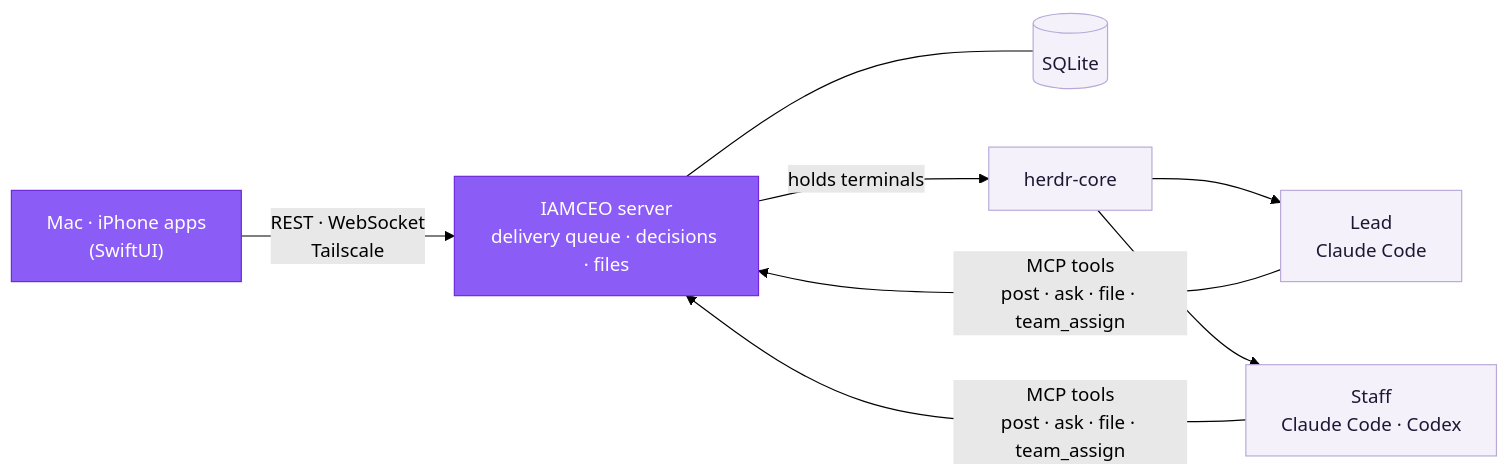
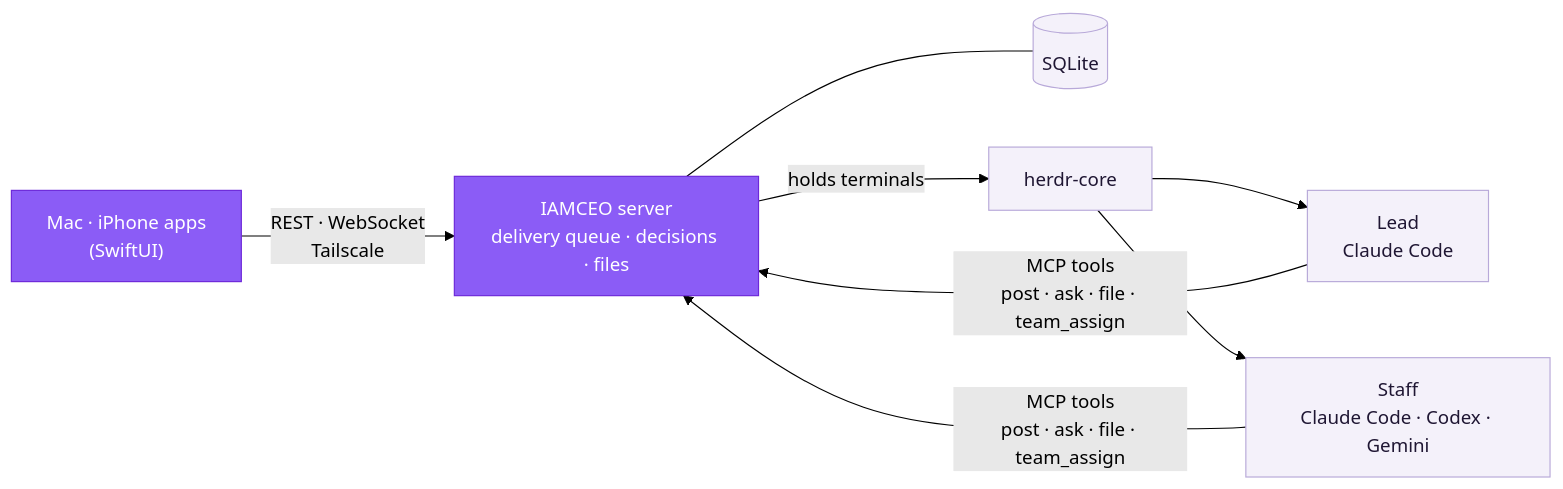
The diagram in README.md (yehsung/IAMCEO), drawn with Mermaid (forest theme) before and after one commit. The commit also changed other lines of this file and 135 other files, not shown here.

````diff
--- a/README.md
+++ b/README.md
@@ -146,12 +147,12 @@
 ```mermaid
 flowchart LR
     APP["Mac · iPhone apps<br/>(SwiftUI)"] -- "REST · WebSocket<br/>Tailscale" --> D["IAMCEO server<br/>delivery queue · decisions · files"]
     D --- DB[("SQLite")]
     D -- "holds terminals" --> CORE["herdr-core"]
-    CORE --> L["Lead<br/>Claude Code"] & W["Staff<br/>Claude Code · Codex"]
+    CORE --> L["Lead<br/>Claude Code"] & W["Staff<br/>Claude Code · Codex · Gemini"]
     L & W -- "MCP tools<br/>post · ask · file · team_assign" --> D
     classDef own fill:#8b5cf6,stroke:#6d28d9,color:#ffffff
     classDef reuse fill:#f4f1fa,stroke:#b8a9d9,color:#1f1633
     class APP,D own
     class DB,CORE,L,W reuse
 ```
````
